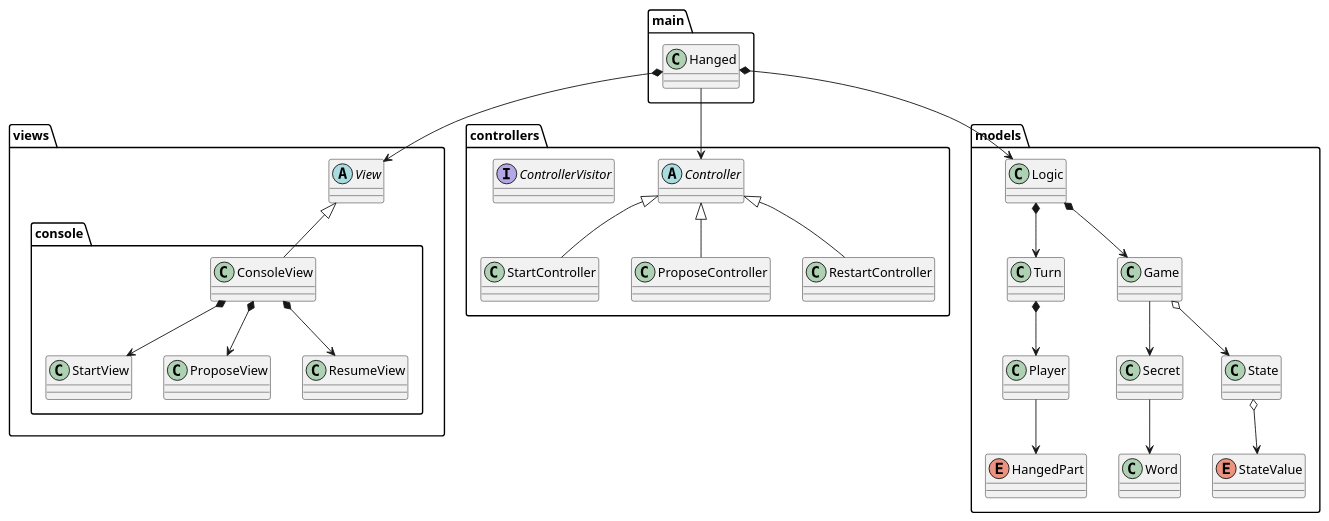
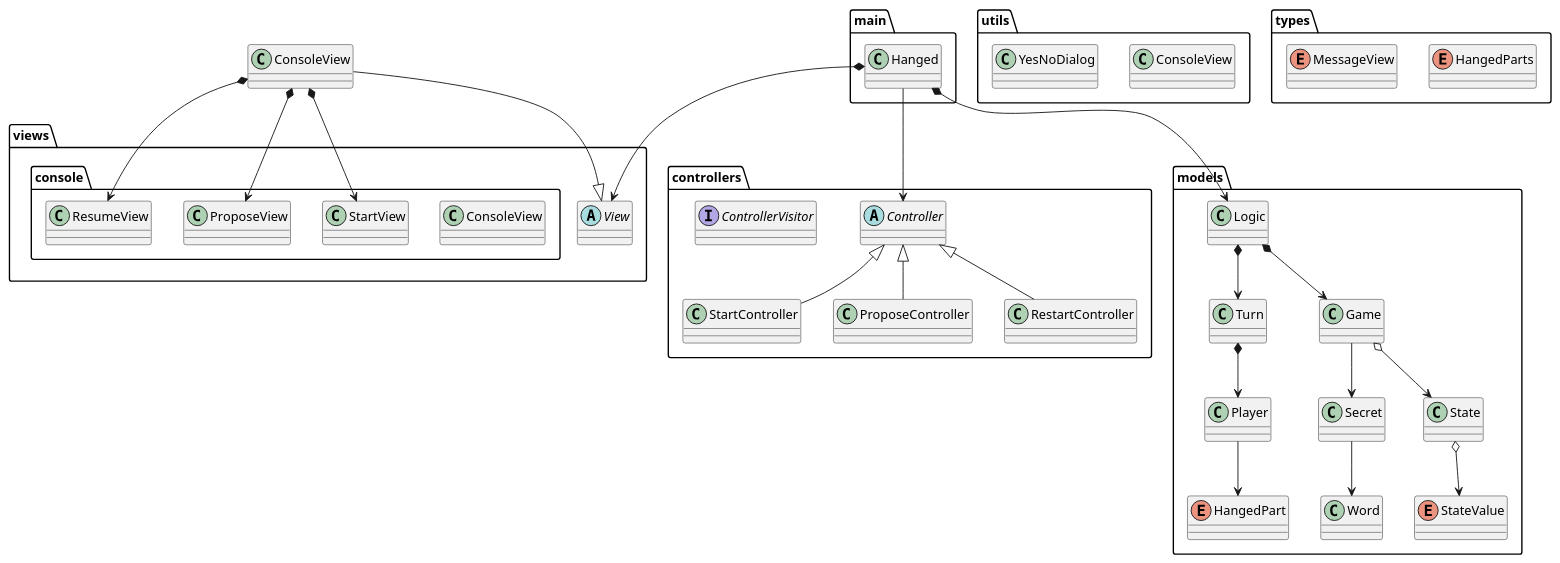
One commit to jumpering/Hanged changed the diagram in requirements/puml/MVC.puml. Above: the diagram before and after it, drawn with PlantUML. The commit also changed 1 other file, not shown here.

```diff
--- a/requirements/puml/MVC.puml
+++ b/requirements/puml/MVC.puml
@@ -1,67 +1,80 @@
 @startuml
 package "main" {
 class Hanged
 }
 
 package "views"{
 abstract class View
     package "console" {
         class ConsoleView
         class StartView
         class ProposeView
         class ResumeView
     }
 }
 
 package "controllers"{
 abstract class Controller
 class StartController
 class ProposeController
 class RestartController
 interface ControllerVisitor
 
 }
 
 
 package "models" {
 class Logic
 class Secret
 class Word
 enum HangedPart
 class Turn
 class Player
 class Game
 class State
 enum StateValue
 }
 
+
+package "utils"{
+class ConsoleView
+class YesNoDialog
+}
+
+
+package "types"{
+enum HangedParts
+enum MessageView
+}
+
+
 Logic *--> Game
 
 Hanged *--> View
 Hanged *--> Logic
 Hanged --> Controller
 
 View <|-- ConsoleView
 ConsoleView *--> StartView
 ConsoleView *--> ProposeView
 ConsoleView *--> ResumeView
 
 Controller <|-- StartController
 Controller <|-- ProposeController
 Controller <|-- RestartController
 
 
 Logic *--> Turn
 Game o--> State
 State o--> StateValue
 
 Turn *--> Player
 Player --> HangedPart
 
 Game --> Secret
 
 Secret --> Word
 
 
 
 @enduml
```
